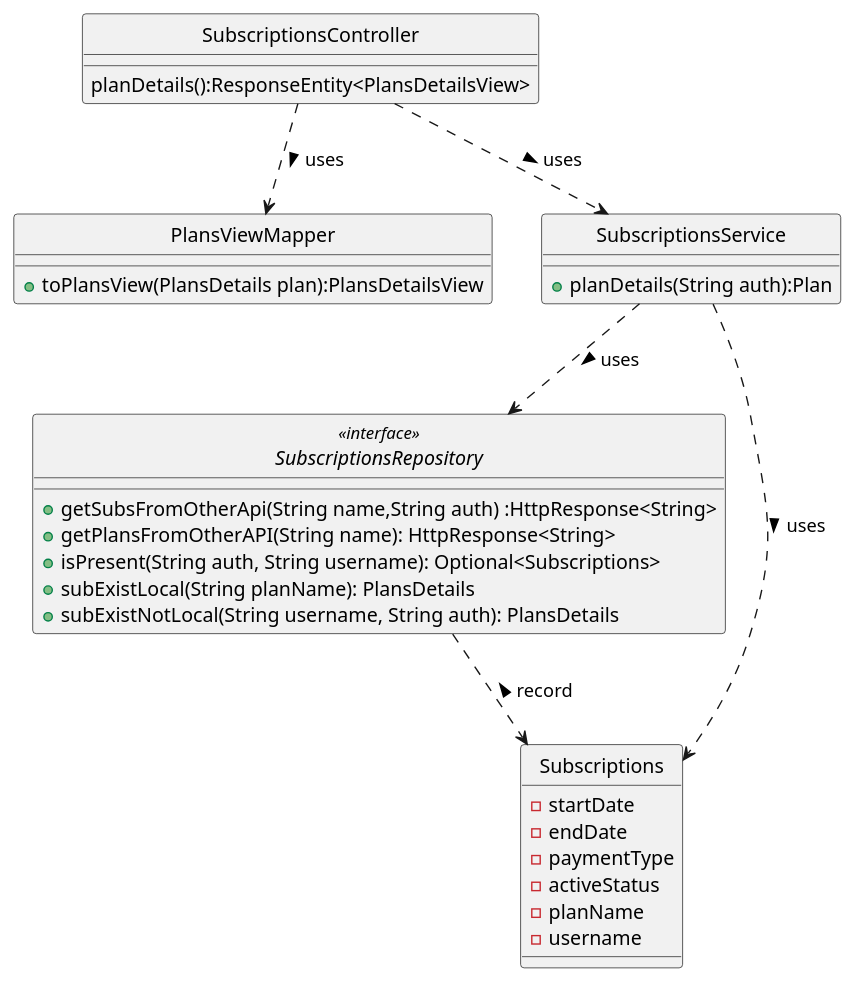
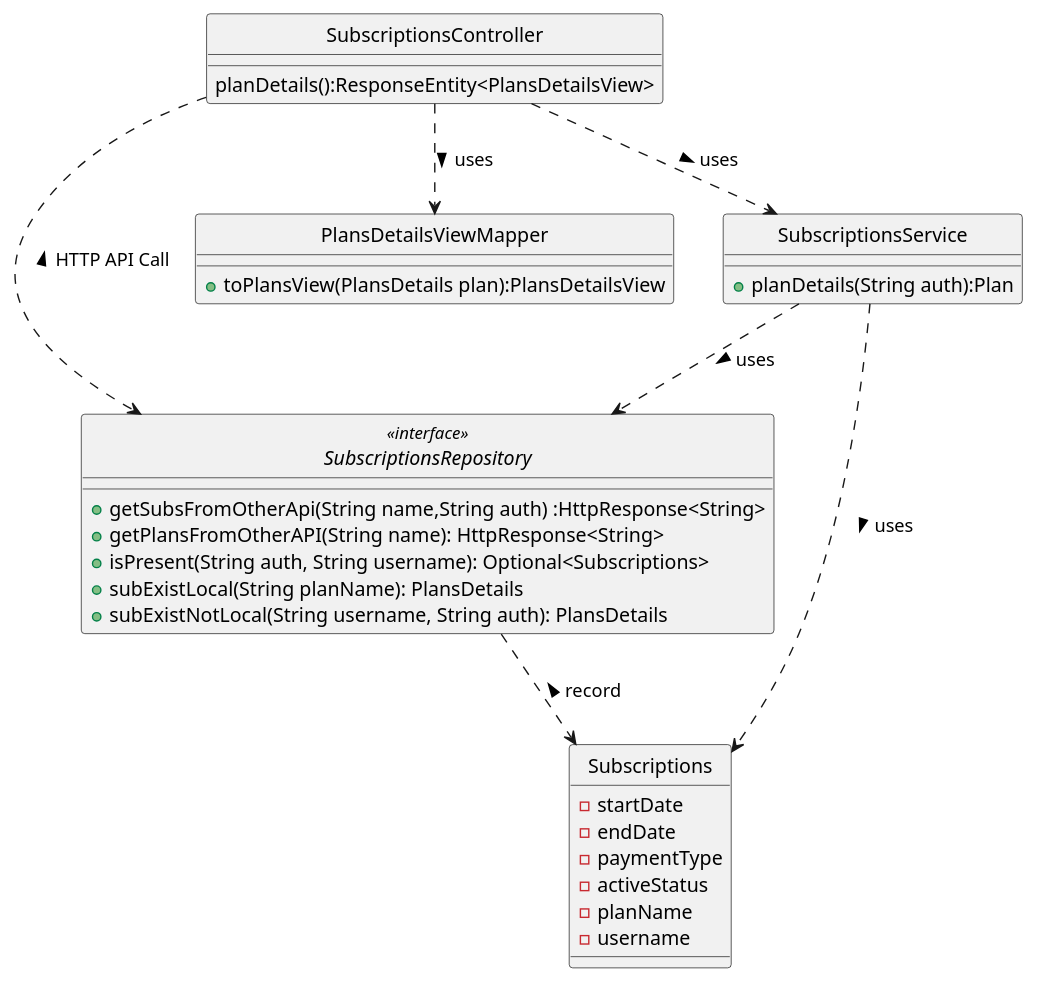
The diagram in docs_sidis/Subs/UC09 - GetSubs_PlanInfo/UC09-CD.puml (IsepMartimOliveira/SIDIS), drawn with PlantUML before and after one commit. The commit also changed 9 other files, not shown here.

```diff
--- a/docs_sidis/Subs/UC09 - GetSubs_PlanInfo/UC09-CD.puml
+++ b/docs_sidis/Subs/UC09 - GetSubs_PlanInfo/UC09-CD.puml
@@ -1,47 +1,49 @@
 @startuml
 'https://plantuml.com/class-diagram
 hide circle
 class SubscriptionsRepository <<interface>>
 
 
 
 class Subscriptions {
     -startDate
     -endDate
     -paymentType
     -activeStatus
     -planName
     -username
 }
 
 
 
-class PlansViewMapper{
+class PlansDetailsViewMapper{
     +toPlansView(PlansDetails plan):PlansDetailsView
 }
 class SubscriptionsController{
     planDetails():ResponseEntity<PlansDetailsView>
     }
 class SubscriptionsService{
  +planDetails(String auth):Plan
 }
 
 interface SubscriptionsRepository
 {
 +getSubsFromOtherApi(String name,String auth) :HttpResponse<String>
 +getPlansFromOtherAPI(String name): HttpResponse<String>
 +isPresent(String auth, String username): Optional<Subscriptions>
 +subExistLocal(String planName): PlansDetails
 +subExistNotLocal(String username, String auth): PlansDetails
 
 
 }
 
 
 
 SubscriptionsController ..> SubscriptionsService: uses >
 SubscriptionsService ..> SubscriptionsRepository: uses >
 SubscriptionsService ..> Subscriptions: uses >
 SubscriptionsRepository ..> Subscriptions: < record
-SubscriptionsController ..>PlansViewMapper: uses >
+SubscriptionsController ..>PlansDetailsViewMapper: uses >
+SubscriptionsController ..>SubscriptionsRepository: HTTP API Call <
+
 @enduml
```
